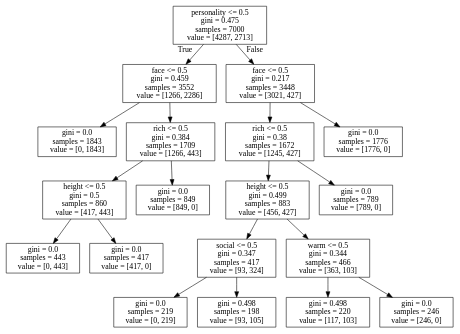
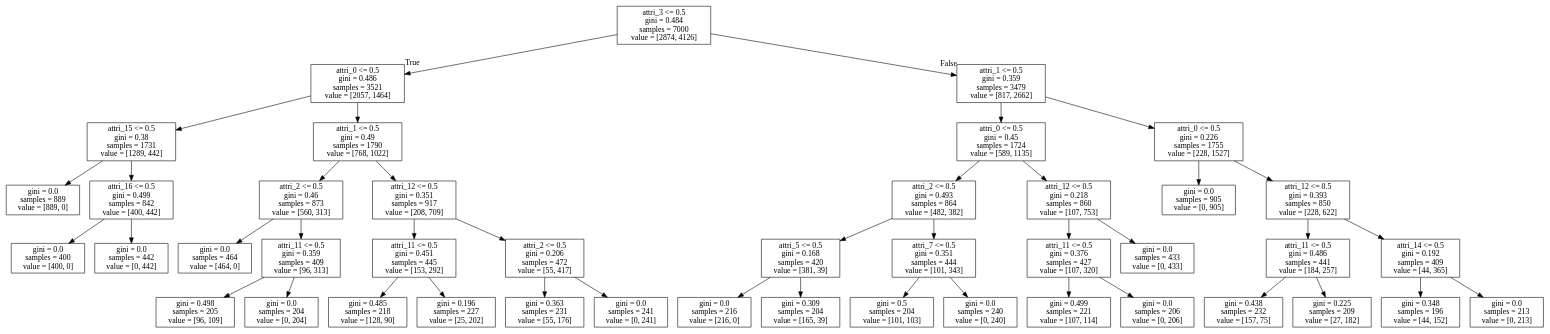
The diagram in Decision_Tree/models/decision_tree_depth5.dot (ElektrischesSchaf/Data_Mining_2019_Projects), drawn with Graphviz before and after one commit. The commit also changed 5 other files, not shown here.

```diff
--- a/Decision_Tree/models/decision_tree_depth5.dot
+++ b/Decision_Tree/models/decision_tree_depth5.dot
@@ -1,40 +1,88 @@
 digraph Tree {
 node [shape=box] ;
-0 [label="personality <= 0.5\ngini = 0.475\nsamples = 7000\nvalue = [4287, 2713]"] ;
-1 [label="face <= 0.5\ngini = 0.459\nsamples = 3552\nvalue = [1266, 2286]"] ;
+0 [label="attri_3 <= 0.5\ngini = 0.484\nsamples = 7000\nvalue = [2874, 4126]"] ;
+1 [label="attri_0 <= 0.5\ngini = 0.486\nsamples = 3521\nvalue = [2057, 1464]"] ;
 0 -> 1 [labeldistance=2.5, labelangle=45, headlabel="True"] ;
-2 [label="gini = 0.0\nsamples = 1843\nvalue = [0, 1843]"] ;
+2 [label="attri_15 <= 0.5\ngini = 0.38\nsamples = 1731\nvalue = [1289, 442]"] ;
 1 -> 2 ;
-3 [label="rich <= 0.5\ngini = 0.384\nsamples = 1709\nvalue = [1266, 443]"] ;
-1 -> 3 ;
-4 [label="height <= 0.5\ngini = 0.5\nsamples = 860\nvalue = [417, 443]"] ;
-3 -> 4 ;
-5 [label="gini = 0.0\nsamples = 443\nvalue = [0, 443]"] ;
+3 [label="gini = 0.0\nsamples = 889\nvalue = [889, 0]"] ;
+2 -> 3 ;
+4 [label="attri_16 <= 0.5\ngini = 0.499\nsamples = 842\nvalue = [400, 442]"] ;
+2 -> 4 ;
+5 [label="gini = 0.0\nsamples = 400\nvalue = [400, 0]"] ;
 4 -> 5 ;
-6 [label="gini = 0.0\nsamples = 417\nvalue = [417, 0]"] ;
+6 [label="gini = 0.0\nsamples = 442\nvalue = [0, 442]"] ;
 4 -> 6 ;
-7 [label="gini = 0.0\nsamples = 849\nvalue = [849, 0]"] ;
-3 -> 7 ;
-8 [label="face <= 0.5\ngini = 0.217\nsamples = 3448\nvalue = [3021, 427]"] ;
-0 -> 8 [labeldistance=2.5, labelangle=-45, headlabel="False"] ;
-9 [label="rich <= 0.5\ngini = 0.38\nsamples = 1672\nvalue = [1245, 427]"] ;
+7 [label="attri_1 <= 0.5\ngini = 0.49\nsamples = 1790\nvalue = [768, 1022]"] ;
+1 -> 7 ;
+8 [label="attri_2 <= 0.5\ngini = 0.46\nsamples = 873\nvalue = [560, 313]"] ;
+7 -> 8 ;
+9 [label="gini = 0.0\nsamples = 464\nvalue = [464, 0]"] ;
 8 -> 9 ;
-10 [label="height <= 0.5\ngini = 0.499\nsamples = 883\nvalue = [456, 427]"] ;
-9 -> 10 ;
-11 [label="social <= 0.5\ngini = 0.347\nsamples = 417\nvalue = [93, 324]"] ;
+10 [label="attri_11 <= 0.5\ngini = 0.359\nsamples = 409\nvalue = [96, 313]"] ;
+8 -> 10 ;
+11 [label="gini = 0.498\nsamples = 205\nvalue = [96, 109]"] ;
 10 -> 11 ;
-12 [label="gini = 0.0\nsamples = 219\nvalue = [0, 219]"] ;
-11 -> 12 ;
-13 [label="gini = 0.498\nsamples = 198\nvalue = [93, 105]"] ;
-11 -> 13 ;
-14 [label="warm <= 0.5\ngini = 0.344\nsamples = 466\nvalue = [363, 103]"] ;
-10 -> 14 ;
-15 [label="gini = 0.498\nsamples = 220\nvalue = [117, 103]"] ;
+12 [label="gini = 0.0\nsamples = 204\nvalue = [0, 204]"] ;
+10 -> 12 ;
+13 [label="attri_12 <= 0.5\ngini = 0.351\nsamples = 917\nvalue = [208, 709]"] ;
+7 -> 13 ;
+14 [label="attri_11 <= 0.5\ngini = 0.451\nsamples = 445\nvalue = [153, 292]"] ;
+13 -> 14 ;
+15 [label="gini = 0.485\nsamples = 218\nvalue = [128, 90]"] ;
 14 -> 15 ;
-16 [label="gini = 0.0\nsamples = 246\nvalue = [246, 0]"] ;
+16 [label="gini = 0.196\nsamples = 227\nvalue = [25, 202]"] ;
 14 -> 16 ;
-17 [label="gini = 0.0\nsamples = 789\nvalue = [789, 0]"] ;
-9 -> 17 ;
-18 [label="gini = 0.0\nsamples = 1776\nvalue = [1776, 0]"] ;
-8 -> 18 ;
+17 [label="attri_2 <= 0.5\ngini = 0.206\nsamples = 472\nvalue = [55, 417]"] ;
+13 -> 17 ;
+18 [label="gini = 0.363\nsamples = 231\nvalue = [55, 176]"] ;
+17 -> 18 ;
+19 [label="gini = 0.0\nsamples = 241\nvalue = [0, 241]"] ;
+17 -> 19 ;
+20 [label="attri_1 <= 0.5\ngini = 0.359\nsamples = 3479\nvalue = [817, 2662]"] ;
+0 -> 20 [labeldistance=2.5, labelangle=-45, headlabel="False"] ;
+21 [label="attri_0 <= 0.5\ngini = 0.45\nsamples = 1724\nvalue = [589, 1135]"] ;
+20 -> 21 ;
+22 [label="attri_2 <= 0.5\ngini = 0.493\nsamples = 864\nvalue = [482, 382]"] ;
+21 -> 22 ;
+23 [label="attri_5 <= 0.5\ngini = 0.168\nsamples = 420\nvalue = [381, 39]"] ;
+22 -> 23 ;
+24 [label="gini = 0.0\nsamples = 216\nvalue = [216, 0]"] ;
+23 -> 24 ;
+25 [label="gini = 0.309\nsamples = 204\nvalue = [165, 39]"] ;
+23 -> 25 ;
+26 [label="attri_7 <= 0.5\ngini = 0.351\nsamples = 444\nvalue = [101, 343]"] ;
+22 -> 26 ;
+27 [label="gini = 0.5\nsamples = 204\nvalue = [101, 103]"] ;
+26 -> 27 ;
+28 [label="gini = 0.0\nsamples = 240\nvalue = [0, 240]"] ;
+26 -> 28 ;
+29 [label="attri_12 <= 0.5\ngini = 0.218\nsamples = 860\nvalue = [107, 753]"] ;
+21 -> 29 ;
+30 [label="attri_11 <= 0.5\ngini = 0.376\nsamples = 427\nvalue = [107, 320]"] ;
+29 -> 30 ;
+31 [label="gini = 0.499\nsamples = 221\nvalue = [107, 114]"] ;
+30 -> 31 ;
+32 [label="gini = 0.0\nsamples = 206\nvalue = [0, 206]"] ;
+30 -> 32 ;
+33 [label="gini = 0.0\nsamples = 433\nvalue = [0, 433]"] ;
+29 -> 33 ;
+34 [label="attri_0 <= 0.5\ngini = 0.226\nsamples = 1755\nvalue = [228, 1527]"] ;
+20 -> 34 ;
+35 [label="gini = 0.0\nsamples = 905\nvalue = [0, 905]"] ;
+34 -> 35 ;
+36 [label="attri_12 <= 0.5\ngini = 0.393\nsamples = 850\nvalue = [228, 622]"] ;
+34 -> 36 ;
+37 [label="attri_11 <= 0.5\ngini = 0.486\nsamples = 441\nvalue = [184, 257]"] ;
+36 -> 37 ;
+38 [label="gini = 0.438\nsamples = 232\nvalue = [157, 75]"] ;
+37 -> 38 ;
+39 [label="gini = 0.225\nsamples = 209\nvalue = [27, 182]"] ;
+37 -> 39 ;
+40 [label="attri_14 <= 0.5\ngini = 0.192\nsamples = 409\nvalue = [44, 365]"] ;
+36 -> 40 ;
+41 [label="gini = 0.348\nsamples = 196\nvalue = [44, 152]"] ;
+40 -> 41 ;
+42 [label="gini = 0.0\nsamples = 213\nvalue = [0, 213]"] ;
+40 -> 42 ;
 }
```
